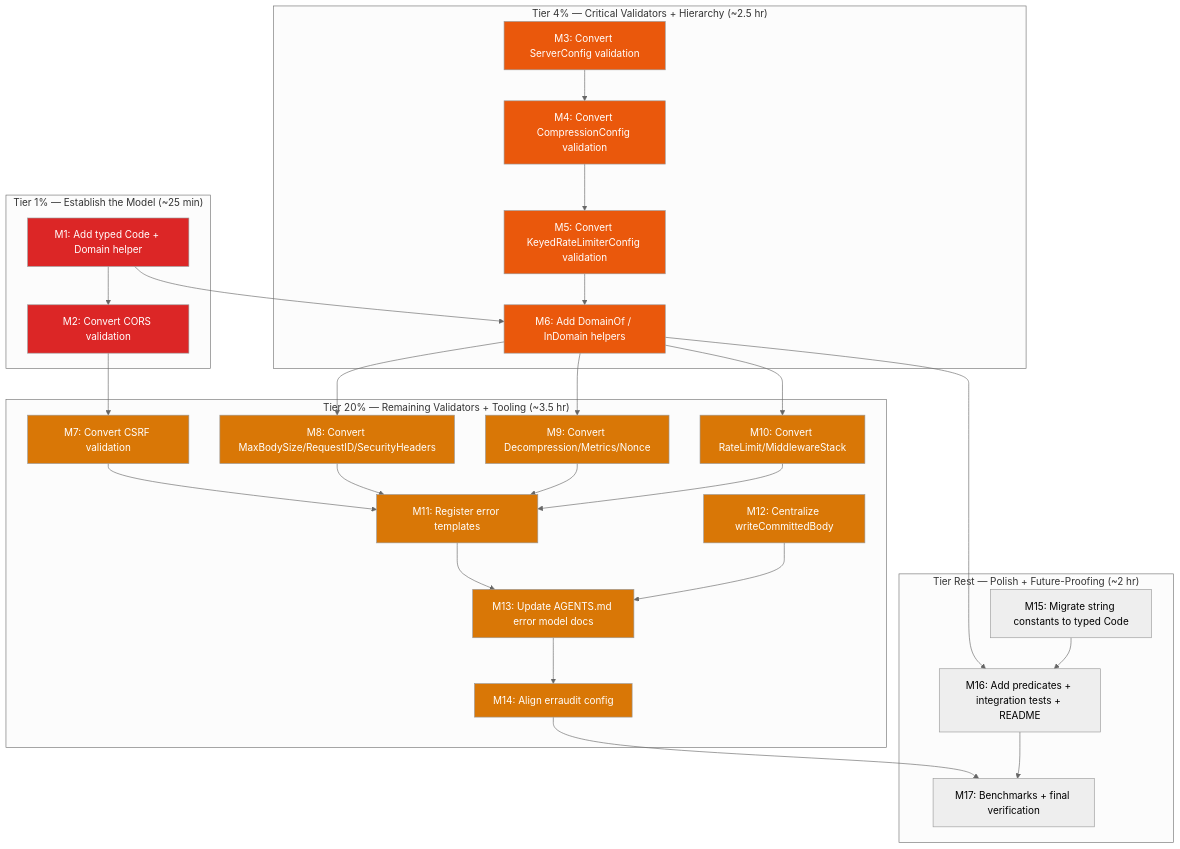
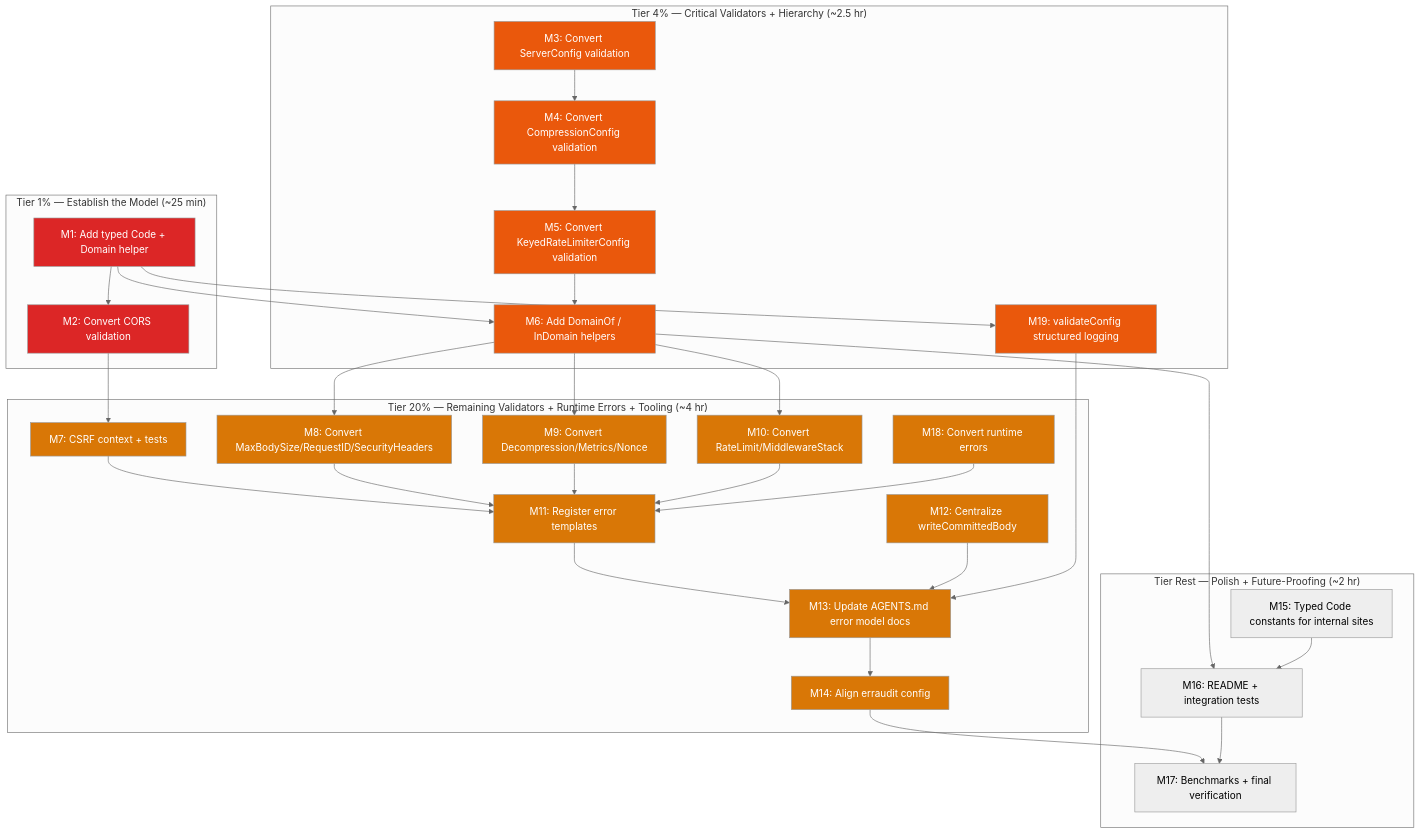
One commit to LarsArtmann/httputil changed the diagram in docs/planning/2026-08-14_13-53_pareto-typed-hierarchical-error-system.md. Above: the diagram before and after it, drawn with Mermaid (neutral theme). The commit also changed other lines of this file and 35 other files, not shown here.

````diff
--- a/docs/planning/2026-08-14_13-53_pareto-typed-hierarchical-error-system.md
+++ b/docs/planning/2026-08-14_13-53_pareto-typed-hierarchical-error-system.md
@@ -176,67 +220,74 @@
 ```mermaid
 graph TD
     subgraph "Tier 1% — Establish the Model (~25 min)"
         M1[M1: Add typed Code + Domain helper]
         M2[M2: Convert CORS validation]
     end
 
     subgraph "Tier 4% — Critical Validators + Hierarchy (~2.5 hr)"
         M3[M3: Convert ServerConfig validation]
         M4[M4: Convert CompressionConfig validation]
         M5[M5: Convert KeyedRateLimiterConfig validation]
         M6[M6: Add DomainOf / InDomain helpers]
+        M19[M19: validateConfig structured logging]
     end
 
-    subgraph "Tier 20% — Remaining Validators + Tooling (~3.5 hr)"
-        M7[M7: Convert CSRF validation]
+    subgraph "Tier 20% — Remaining Validators + Runtime Errors + Tooling (~4 hr)"
+        M7[M7: CSRF context + tests]
         M8[M8: Convert MaxBodySize/RequestID/SecurityHeaders]
         M9[M9: Convert Decompression/Metrics/Nonce]
         M10[M10: Convert RateLimit/MiddlewareStack]
+        M18[M18: Convert runtime errors]
         M11[M11: Register error templates]
         M12[M12: Centralize writeCommittedBody]
         M13[M13: Update AGENTS.md error model docs]
         M14[M14: Align erraudit config]
     end
 
     subgraph "Tier Rest — Polish + Future-Proofing (~2 hr)"
-        M15[M15: Migrate string constants to typed Code]
-        M16[M16: Add predicates + integration tests + README]
+        M15[M15: Typed Code constants for internal sites]
+        M16[M16: README + integration tests]
         M17[M17: Benchmarks + final verification]
     end
 
     M1 --> M2
     M1 --> M6
+    M1 --> M19
     M2 --> M7
     M3 --> M4
     M4 --> M5
     M5 --> M6
     M6 --> M8
     M6 --> M9
     M6 --> M10
     M6 --> M16
     M7 --> M11
     M8 --> M11
     M9 --> M11
     M10 --> M11
+    M18 --> M11
     M11 --> M13
     M12 --> M13
     M13 --> M14
     M14 --> M17
     M15 --> M16
     M16 --> M17
+    M19 --> M13
 
     style M1 fill:#dc2626,color:#fff
     style M2 fill:#dc2626,color:#fff
     style M3 fill:#ea580c,color:#fff
     style M4 fill:#ea580c,color:#fff
     style M5 fill:#ea580c,color:#fff
     style M6 fill:#ea580c,color:#fff
+    style M19 fill:#ea580c,color:#fff
     style M7 fill:#d97706,color:#fff
     style M8 fill:#d97706,color:#fff
     style M9 fill:#d97706,color:#fff
     style M10 fill:#d97706,color:#fff
     style M11 fill:#d97706,color:#fff
     style M12 fill:#d97706,color:#fff
     style M13 fill:#d97706,color:#fff
     style M14 fill:#d97706,color:#fff
+    style M18 fill:#d97706,color:#fff
 ```
````
